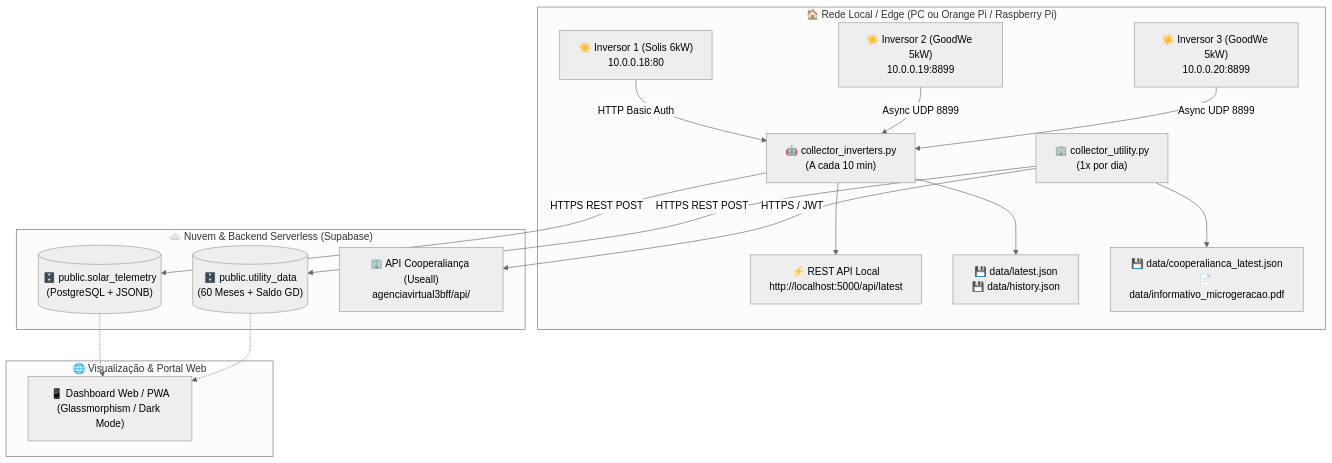
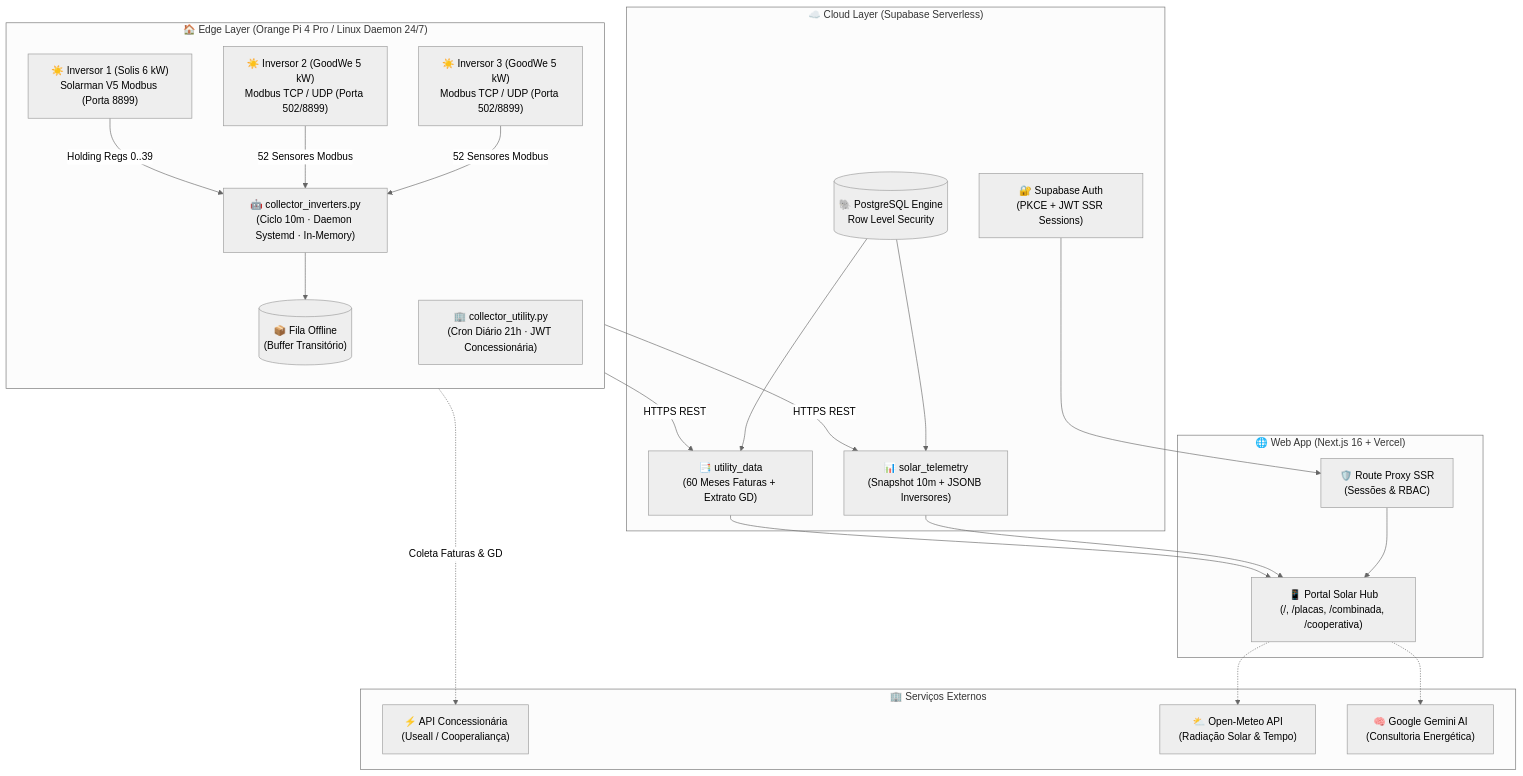
Before and after one commit to DiegoHahn/Solar-hub: the diagram in README.md, drawn with Mermaid (neutral theme). The commit also changed other lines of this file and 21 other files, not shown here.

Commit message:
feat: adicionar autenticacao supabase ssr, telemetria modbus solis, historico plurianual e limpar dados legados

````diff
--- a/README.md
+++ b/README.md
@@ -29,37 +39,50 @@
 ```mermaid
-graph TD
-    subgraph Local["🏠 Rede Local / Edge (PC ou Orange Pi / Raspberry Pi)"]
-        INV1["☀️ Inversor 1 (Solis 6kW)\n10.0.0.18:80"]
-        INV2["☀️ Inversor 2 (GoodWe 5kW)\n10.0.0.19:8899"]
-        INV3["☀️ Inversor 3 (GoodWe 5kW)\n10.0.0.20:8899"]
-        
-        CI["🤖 collector_inverters.py\n(A cada 10 min)"]
-        CU["🏢 collector_utility.py\n(1x por dia)"]
-        
-        INV1 -->|HTTP Basic Auth| CI
-        INV2 -->|Async UDP 8899| CI
-        INV3 -->|Async UDP 8899| CI
-        
-        API["⚡ REST API Local\nhttp://localhost:5000/api/latest"]
-        CI --> API
-        CI --> DATA_INV["💾 data/latest.json\n💾 data/history.json"]
-        CU --> DATA_UTIL["💾 data/cooperalianca_latest.json\n📄 data/informativo_microgeracao.pdf"]
+flowchart TB
+    subgraph Edge["🏠 Edge Layer (Orange Pi 4 Pro / Linux Daemon 24/7)"]
+        direction TB
+        INV1["☀️ Inversor 1 (Solis 6 kW)\nSolarman V5 Modbus (Porta 8899)"]
+        INV2["☀️ Inversor 2 (GoodWe 5 kW)\nModbus TCP / UDP (Porta 502/8899)"]
+        INV3["☀️ Inversor 3 (GoodWe 5 kW)\nModbus TCP / UDP (Porta 502/8899)"]
+
+        COLLECTOR["🤖 collector_inverters.py\n(Ciclo 10m · Daemon Systemd · In-Memory)"]
+        UTILITY["🏢 collector_utility.py\n(Cron Diário 21h · JWT Concessionária)"]
+        RETRY_QUEUE[("📦 Fila Offline\n(Buffer Transitório)")]
+
+        INV1 -->|Holding Regs 0..39| COLLECTOR
+        INV2 -->|52 Sensores Modbus| COLLECTOR
+        INV3 -->|52 Sensores Modbus| COLLECTOR
+
+        COLLECTOR --> RETRY_QUEUE
     end
 
-    subgraph Nuvem["☁️ Nuvem & Backend Serverless (Supabase)"]
-        SUPA_TEL[("🗄️ public.solar_telemetry\n(PostgreSQL + JSONB)")]
-        SUPA_UTL[("🗄️ public.utility_data\n(60 Meses + Saldo GD)")]
-        
-        CI -->|HTTPS REST POST| SUPA_TEL
-        CU -->|HTTPS REST POST| SUPA_UTL
-        
-        COOP["🏢 API Cooperaliança (Useall)\nagenciavirtual3bff/api/"]
-        CU -->|HTTPS / JWT| COOP
+    subgraph Cloud["☁️ Cloud Layer (Supabase Serverless)"]
+        POSTGRES[("🐘 PostgreSQL Engine\nRow Level Security")]
+        TABLE_TEL["📊 solar_telemetry\n(Snapshot 10m + JSONB Inversores)"]
+        TABLE_UTL["📑 utility_data\n(60 Meses Faturas + Extrato GD)"]
+        AUTH["🔐 Supabase Auth\n(PKCE + JWT SSR Sessions)"]
+
+        POSTGRES --> TABLE_TEL
+        POSTGRES --> TABLE_UTL
     end
 
-    subgraph Frontend["🌐 Visualização & Portal Web"]
-        PORTAL["📱 Dashboard Web / PWA\n(Glassmorphism / Dark Mode)"]
-        SUPA_TEL -.-> PORTAL
-        SUPA_UTL -.-> PORTAL
+    subgraph External["🏢 Serviços Externos"]
+        COOP_API["⚡ API Concessionária\n(Useall / Cooperaliança)"]
+        OPEN_METEO["⛅ Open-Meteo API\n(Radiação Solar & Tempo)"]
+        GEMINI["🧠 Google Gemini AI\n(Consultoria Energética)"]
     end
+
+    subgraph Frontend["🌐 Web App (Next.js 16 + Vercel)"]
+        DASH["📱 Portal Solar Hub\n(/, /placas, /combinada, /cooperativa)"]
+        PROXY["🛡️ Route Proxy SSR\n(Sessões & RBAC)"]
+    end
+
+    COLLECTOR -->|HTTPS REST| TABLE_TEL
+    UTILITY -->|HTTPS REST| TABLE_UTL
+    UTILITY -.->|Coleta Faturas & GD| COOP_API
+    DASH -.-> OPEN_METEO
+    DASH -.-> GEMINI
+    PROXY --> DASH
+    AUTH --> PROXY
+    TABLE_TEL --> DASH
+    TABLE_UTL --> DASH
 ```
````
